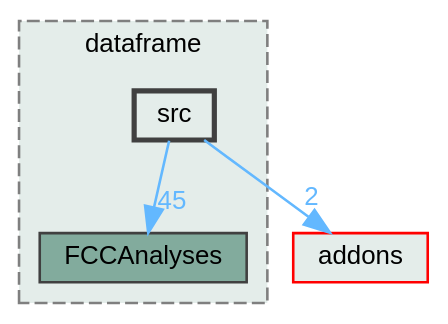
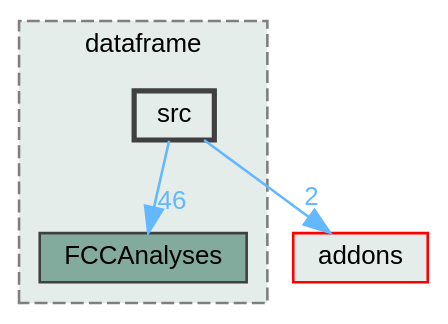
The diagram in doc/latest/dir_6e0068be5112e865040d7f78ac9f7679_dep.dot (FCC-LLP/FCCAnalyses), drawn with Graphviz before and after one commit. The commit also changed 58 other files, not shown here.

```diff
--- a/doc/latest/dir_6e0068be5112e865040d7f78ac9f7679_dep.dot
+++ b/doc/latest/dir_6e0068be5112e865040d7f78ac9f7679_dep.dot
@@ -1,16 +1,16 @@
 digraph "analyzers/dataframe/src"
 {
  // LATEX_PDF_SIZE
   bgcolor="transparent";
   edge [fontname=Helvetica,fontsize=10,labelfontname=Helvetica,labelfontsize=10];
   node [fontname=Helvetica,fontsize=10,shape=box,height=0.2,width=0.4];
   compound=true
   subgraph clusterdir_80d0d0eb77b8b32422d353741e959c30 {
     graph [ bgcolor="#e4edea", pencolor="grey50", label="dataframe", fontname=Helvetica,fontsize=10 style="filled,dashed", URL="dir_80d0d0eb77b8b32422d353741e959c30.html",tooltip=""]
   dir_cb7b6eb9215e3f84f34d01fe0347dc1b [label="FCCAnalyses", fillcolor="#82ab9d", color="grey25", style="filled", URL="dir_cb7b6eb9215e3f84f34d01fe0347dc1b.html",tooltip=""];
   dir_6e0068be5112e865040d7f78ac9f7679 [label="src", fillcolor="#e4edea", color="grey25", style="filled,bold", URL="dir_6e0068be5112e865040d7f78ac9f7679.html",tooltip=""];
   }
   dir_1233bc0a3e869c10318208e4553a4fcb [label="addons", fillcolor="#e4edea", color="red", style="filled", URL="dir_1233bc0a3e869c10318208e4553a4fcb.html",tooltip=""];
   dir_6e0068be5112e865040d7f78ac9f7679->dir_1233bc0a3e869c10318208e4553a4fcb [headlabel="2", labeldistance=1.5 headhref="dir_000016_000000.html" href="dir_000016_000000.html" color="steelblue1" fontcolor="steelblue1"];
-  dir_6e0068be5112e865040d7f78ac9f7679->dir_cb7b6eb9215e3f84f34d01fe0347dc1b [headlabel="45", labeldistance=1.5 headhref="dir_000016_000006.html" href="dir_000016_000006.html" color="steelblue1" fontcolor="steelblue1"];
+  dir_6e0068be5112e865040d7f78ac9f7679->dir_cb7b6eb9215e3f84f34d01fe0347dc1b [headlabel="46", labeldistance=1.5 headhref="dir_000016_000006.html" href="dir_000016_000006.html" color="steelblue1" fontcolor="steelblue1"];
 }
```
